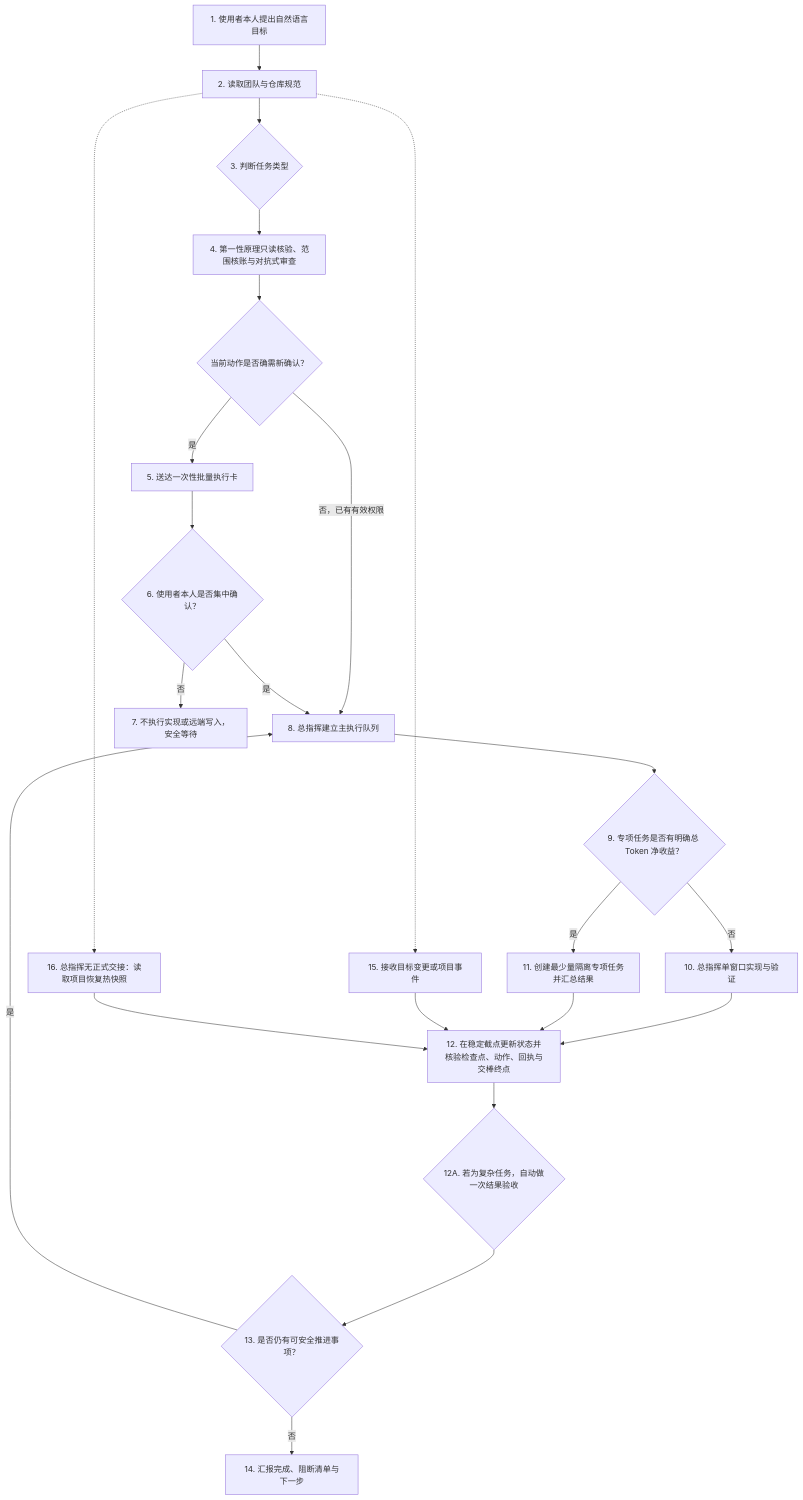
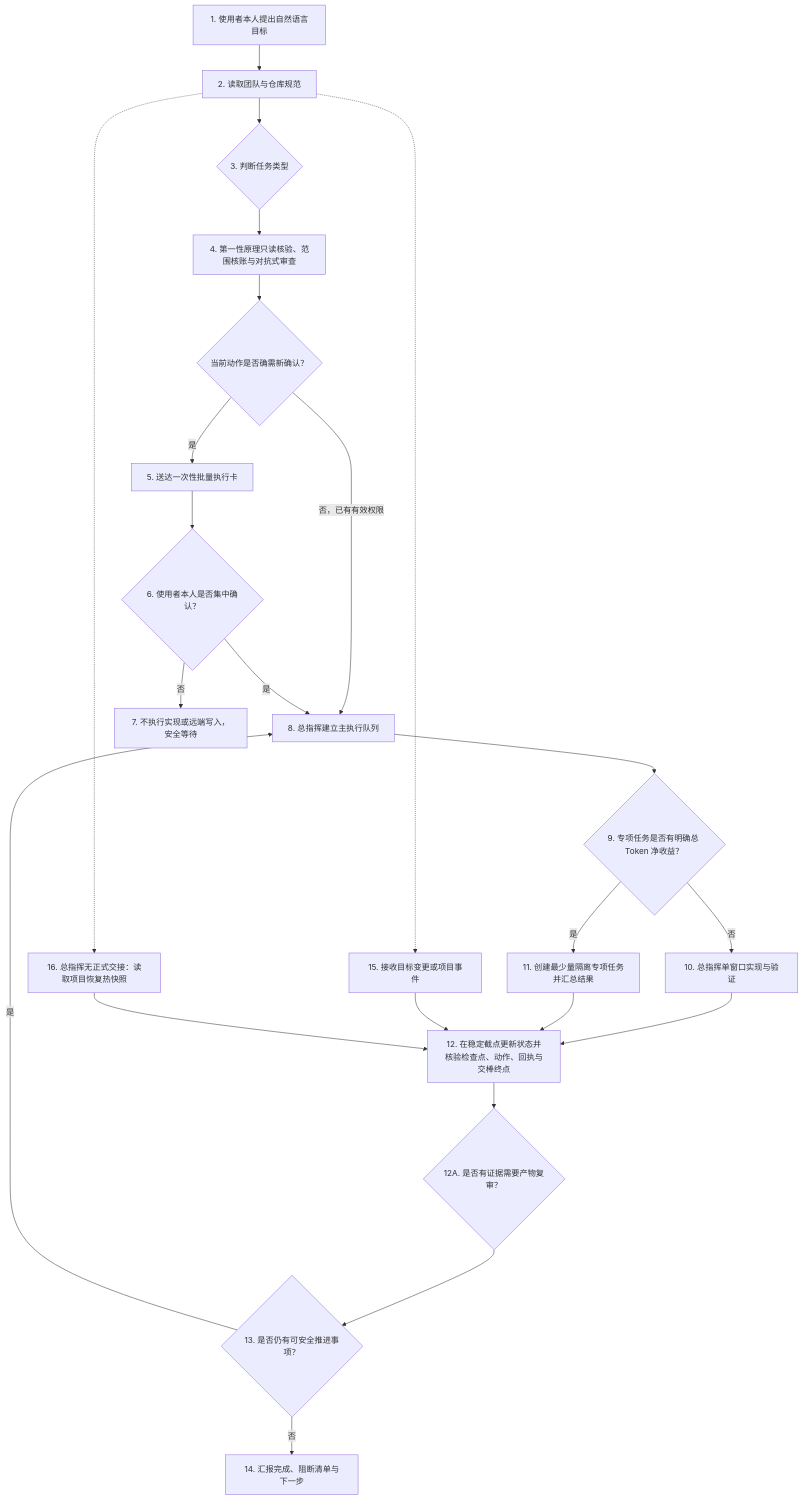
One commit to RongNianXin/ChatGPT-Workflows changed the diagram in 总指挥工作流/第二代总指挥的工作模式/00-第二代工作流总览.md. Above: the diagram before and after it, drawn with Mermaid. The commit also changed other lines of this file and 15 other files, not shown here.

````diff
--- a/总指挥工作流/第二代总指挥的工作模式/00-第二代工作流总览.md
+++ b/总指挥工作流/第二代总指挥的工作模式/00-第二代工作流总览.md
@@ -47,26 +47,26 @@
 ```mermaid
 flowchart TD
     _01["1. 使用者本人提出自然语言目标"] --> _02["2. 读取团队与仓库规范"]
     _02 --> _03{"3. 判断任务类型"}
     _03 --> _04["4. 第一性原理只读核验、范围核账与对抗式审查"]
     _04 --> _gate{"当前动作是否确需新确认？"}
     _gate -->|否，已有有效权限| _08
     _gate -->|是| _05["5. 送达一次性批量执行卡"]
     _05 --> _06{"6. 使用者本人是否集中确认？"}
     _06 -->|否| _07["7. 不执行实现或远端写入，安全等待"]
     _06 -->|是| _08["8. 总指挥建立主执行队列"]
     _08 --> _09{"9. 专项任务是否有明确总 Token 净收益？"}
     _09 -->|否| _10["10. 总指挥单窗口实现与验证"]
     _09 -->|是| _11["11. 创建最少量隔离专项任务并汇总结果"]
     _10 --> _12
     _11 --> _12
     _12["12. 在稳定截点更新状态并核验检查点、动作、回执与交棒终点"]
-    _12 --> _12a{"12A. 若为复杂任务，自动做一次结果验收"}
+    _12 --> _12a{"12A. 是否有证据需要产物复审？"}
     _12a --> _13{"13. 是否仍有可安全推进事项？"}
     _13 -->|是| _08
     _13 -->|否| _14["14. 汇报完成、阻断清单与下一步"]
     _02 -.-> _15["15. 接收目标变更或项目事件"]
     _15 --> _12
     _02 -.-> _16["16. 总指挥无正式交接：读取项目恢复热快照"]
     _16 --> _12
 ```
````
